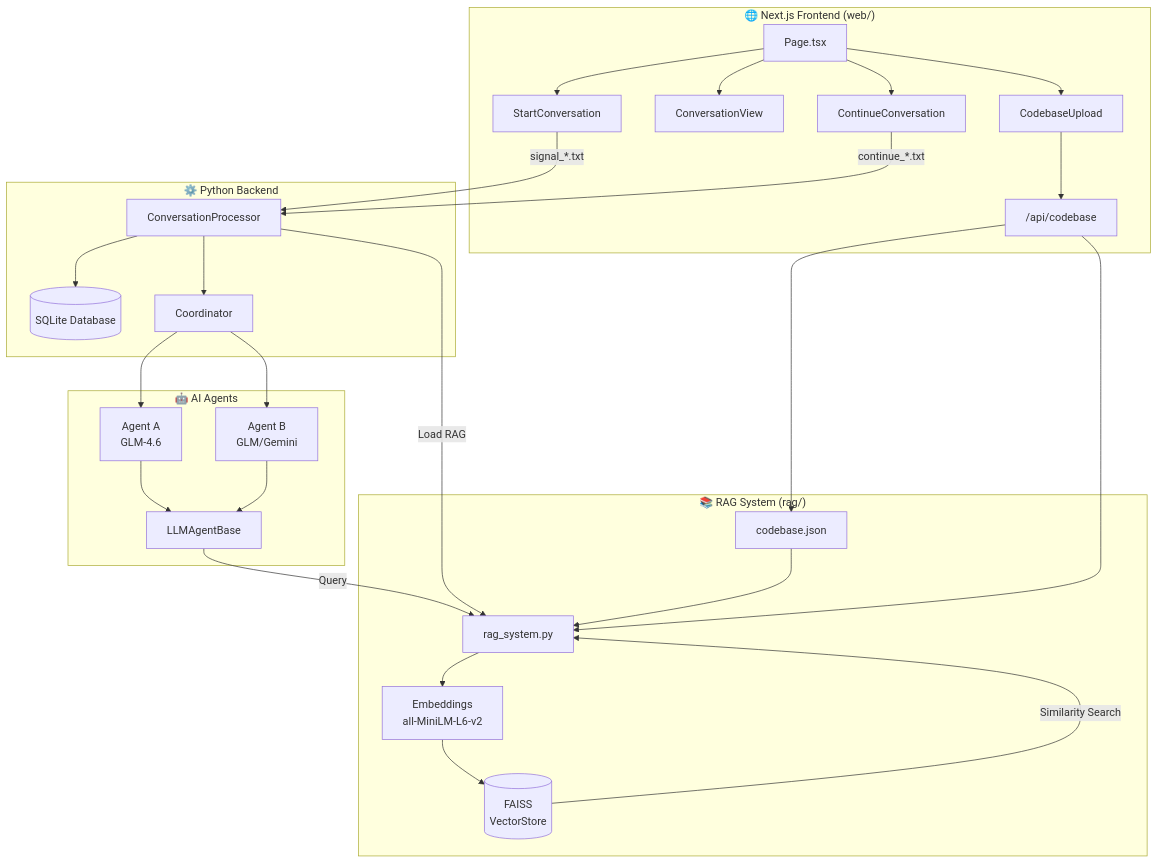
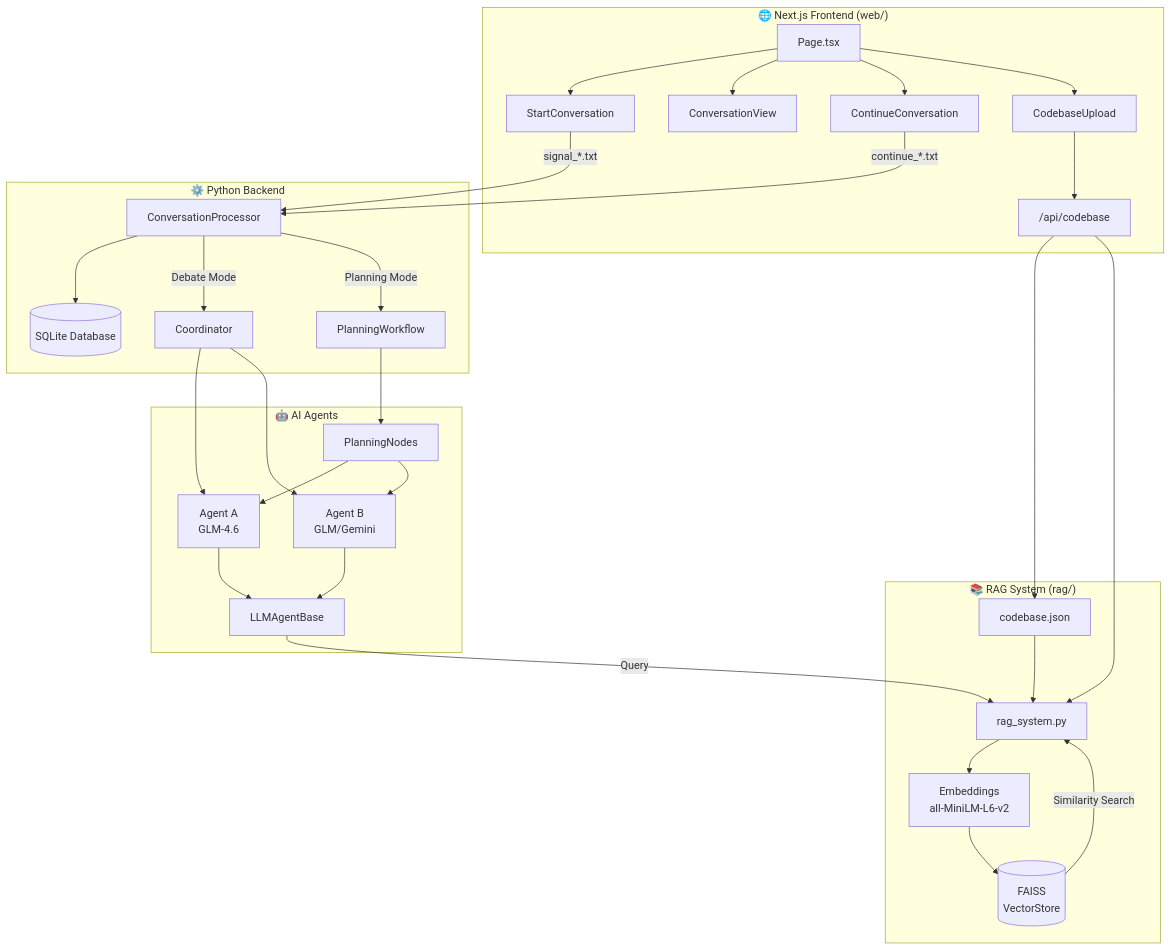
One commit to nguyenthuan155632/plan-agents changed the first of 5 diagrams in ARCHITECTURE.md. Above: the diagram before and after it, drawn with Mermaid. The commit also changed other lines of this file and 26 other files, not shown here.

````diff
--- a/ARCHITECTURE.md
+++ b/ARCHITECTURE.md
@@ -5,50 +5,54 @@
 ```mermaid
 flowchart TB
     subgraph Frontend["🌐 Next.js Frontend (web/)"]
         UI[Page.tsx]
         SC[StartConversation]
         CV[ConversationView]
         CC[ContinueConversation]
         CU[CodebaseUpload]
         API["/api/codebase"]
     end
 
     subgraph Backend["⚙️ Python Backend"]
         CP[ConversationProcessor]
         DB[(SQLite Database)]
         COORD[Coordinator]
+        PW[PlanningWorkflow]
     end
 
     subgraph Agents["🤖 AI Agents"]
         AA[Agent A<br/>GLM-4.6]
         AB[Agent B<br/>GLM/Gemini]
         BASE[LLMAgentBase]
+        PN[PlanningNodes]
     end
 
     subgraph RAG["📚 RAG System (rag/)"]
         RS[rag_system.py]
         EMB[Embeddings<br/>all-MiniLM-L6-v2]
         VS[(FAISS<br/>VectorStore)]
         CB[codebase.json]
     end
 
     UI --> SC & CV & CC & CU
     CU --> API
     API --> CB
     API --> RS
 
     SC -->|"signal_*.txt"| CP
     CC -->|"continue_*.txt"| CP
 
     CP --> DB
-    CP --> COORD
-    CP -->|Load RAG| RS
+    CP -->|Debate Mode| COORD
+    CP -->|Planning Mode| PW
 
     COORD --> AA & AB
+    PW --> PN
+    PN --> AA & AB
     AA & AB --> BASE
     BASE -->|Query| RS
 
     RS --> EMB --> VS
     VS -->|Similarity Search| RS
     CB --> RS
 ```
````
